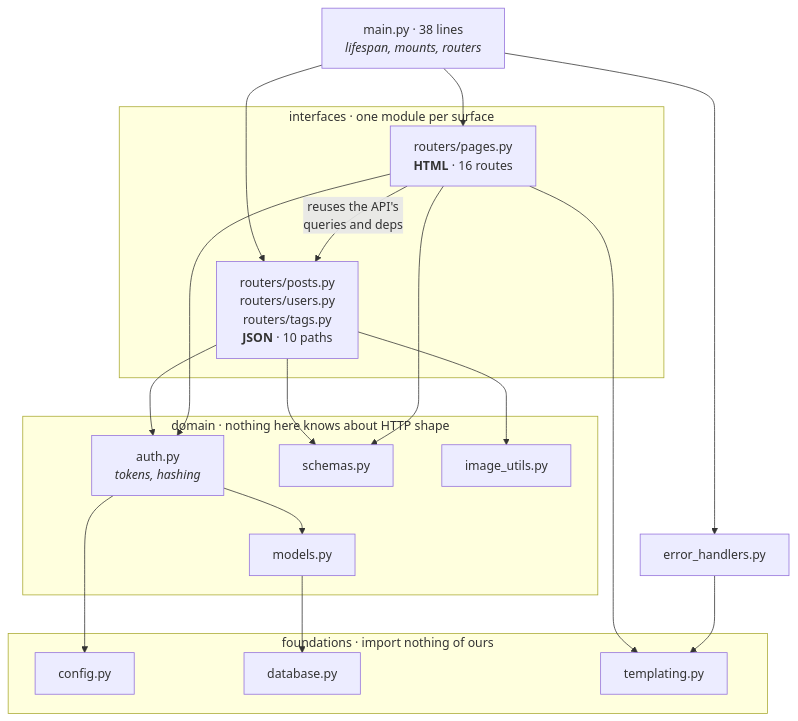
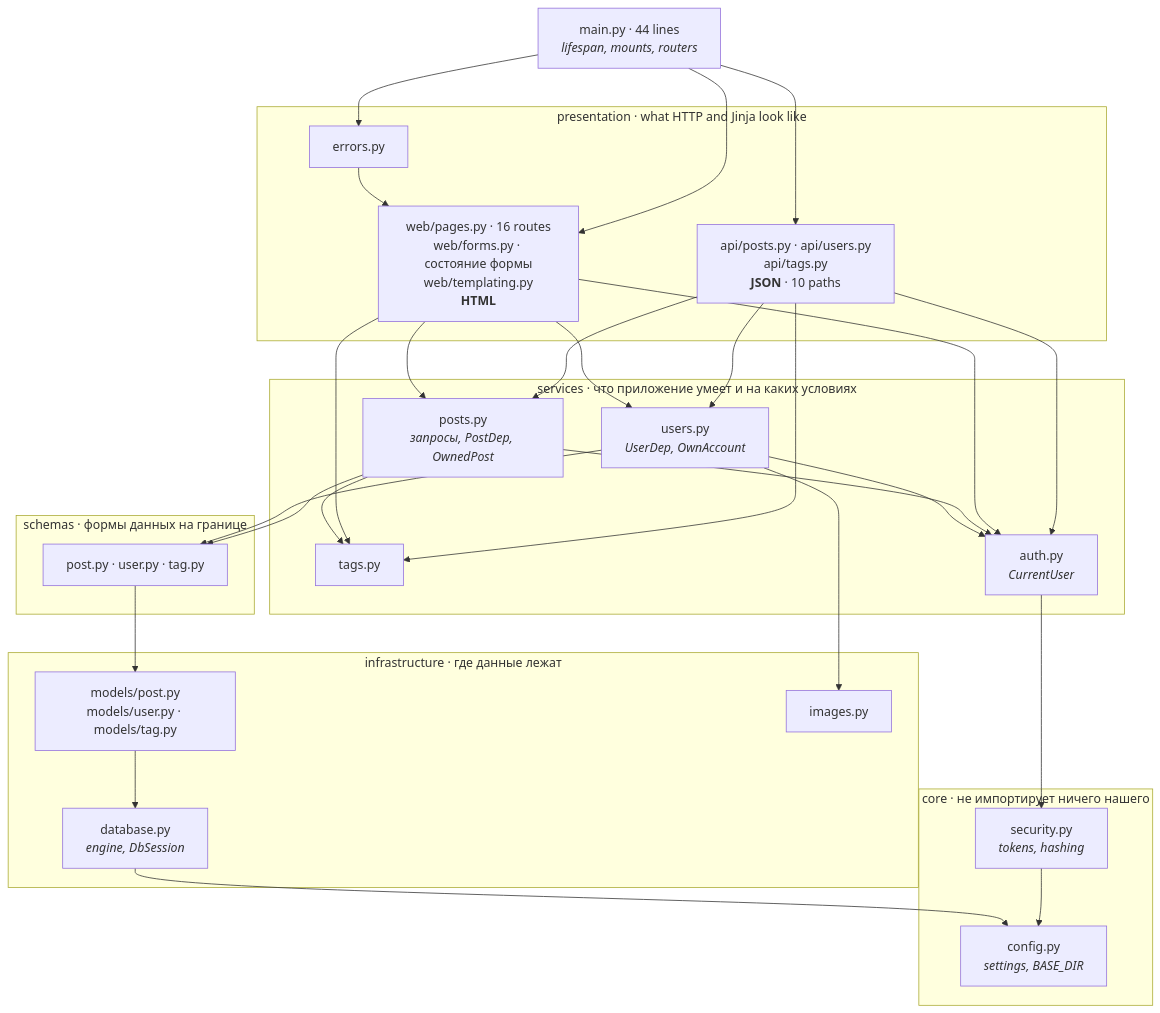
One commit to OstapchukIryna/fastapi-blog changed the first of 4 diagrams in docs/architecture.md. Above: the diagram before and after it, drawn with Mermaid. The commit also changed other lines of this file and 44 other files, not shown here.

````diff
--- a/docs/architecture.md
+++ b/docs/architecture.md
@@ -24,40 +26,60 @@
 ```mermaid
 graph TD
-    main["main.py · 38 lines<br/><i>lifespan, mounts, routers</i>"]
+    main["main.py · 44 lines<br/><i>lifespan, mounts, routers</i>"]
 
-    subgraph L3["interfaces · one module per surface"]
-        pages["routers/pages.py<br/><b>HTML</b> · 16 routes"]
-        api["routers/posts.py<br/>routers/users.py<br/>routers/tags.py<br/><b>JSON</b> · 10 paths"]
+    subgraph L4["presentation · what HTTP and Jinja look like"]
+        pages["web/pages.py · 16 routes<br/>web/forms.py · состояние формы<br/>web/templating.py<br/><b>HTML</b>"]
+        api["api/posts.py · api/users.py<br/>api/tags.py<br/><b>JSON</b> · 10 paths"]
+        errors["errors.py"]
     end
 
-    subgraph L2["domain · nothing here knows about HTTP shape"]
-        auth["auth.py<br/><i>tokens, hashing</i>"]
-        models["models.py"]
-        schemas["schemas.py"]
-        image["image_utils.py"]
+    subgraph L3["services · что приложение умеет и на каких условиях"]
+        s_posts["posts.py<br/><i>запросы, PostDep, OwnedPost</i>"]
+        s_users["users.py<br/><i>UserDep, OwnAccount</i>"]
+        s_tags["tags.py"]
+        s_auth["auth.py<br/><i>CurrentUser</i>"]
     end
 
-    subgraph L1["foundations · import nothing of ours"]
-        config["config.py"]
-        database["database.py"]
-        templating["templating.py"]
+    subgraph L2["schemas · формы данных на границе"]
+        schemas["post.py · user.py · tag.py"]
+    end
+
+    subgraph L1["infrastructure · где данные лежат"]
+        models["models/post.py<br/>models/user.py · models/tag.py"]
+        database["database.py<br/><i>engine, DbSession</i>"]
+        images["images.py"]
+    end
+
+    subgraph L0["core · не импортирует ничего нашего"]
+        config["config.py<br/><i>settings, BASE_DIR</i>"]
+        security["security.py<br/><i>tokens, hashing</i>"]
     end
 
     main --> pages
     main --> api
-    main --> errors["error_handlers.py"]
+    main --> errors
 
-    pages -->|"reuses the API's<br/>queries and deps"| api
-    pages --> templating
-    errors --> templating
+    errors --> pages
+    api --> s_posts
+    api --> s_users
+    api --> s_tags
+    api --> s_auth
+    pages --> s_posts
+    pages --> s_users
+    pages --> s_tags
+    pages --> s_auth
 
-    api --> auth
-    pages --> auth
-    api --> image
-    api --> schemas
-    pages --> schemas
+    s_posts --> s_tags
+    s_posts --> s_auth
+    s_users --> s_auth
 
-    auth --> config
-    auth --> models
+    s_posts --> schemas
+    s_users --> schemas
+    s_users --> images
+    s_auth --> security
+
+    schemas --> models
     models --> database
+    security --> config
+    database --> config
 ```
````
